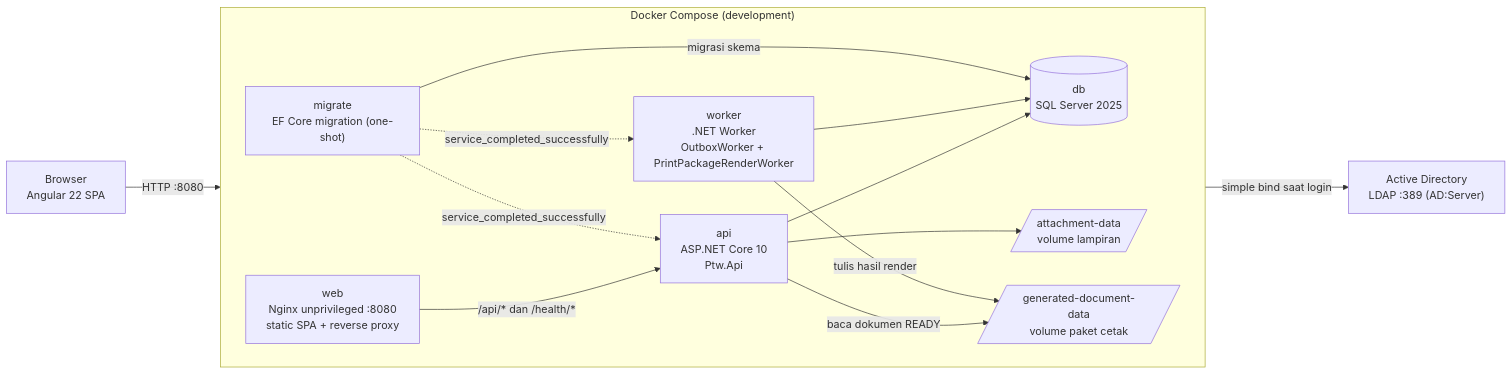
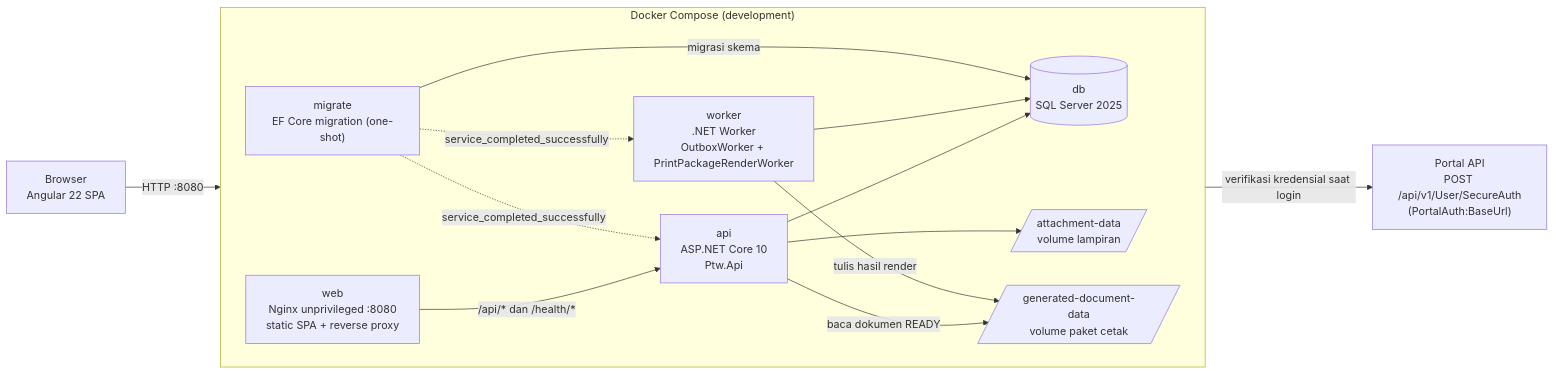
One commit to NusantaraRegas/ptw-online changed the first of 5 diagrams in README.md. Above: the diagram before and after it, drawn with Mermaid. The commit also changed other lines of this file and 38 other files, not shown here.

````diff
--- a/README.md
+++ b/README.md
@@ -86,29 +86,29 @@
 ```mermaid
 flowchart LR
   Browser["Browser<br/>Angular 22 SPA"]
 
   subgraph Compose["Docker Compose (development)"]
     direction LR
     Web["web<br/>Nginx unprivileged :8080<br/>static SPA + reverse proxy"]
     Api["api<br/>ASP.NET Core 10<br/>Ptw.Api"]
     Worker["worker<br/>.NET Worker<br/>OutboxWorker + PrintPackageRenderWorker"]
     Migrate["migrate<br/>EF Core migration (one-shot)"]
     Db[("db<br/>SQL Server 2025")]
     Att[/"attachment-data<br/>volume lampiran"/]
     Gen[/"generated-document-data<br/>volume paket cetak"/]
   end
 
-  AD["Active Directory<br/>LDAP :389 (AD:Server)"]
+  Portal["Portal API<br/>POST /api/v1/User/SecureAuth<br/>(PortalAuth:BaseUrl)"]
 
   Browser -->|"HTTP :8080"| Web
   Web -->|"/api/* dan /health/*"| Api
-  Api -->|"simple bind saat login"| AD
+  Api -->|"verifikasi kredensial saat login"| Portal
   Api --> Db
   Api --> Att
   Api -->|"baca dokumen READY"| Gen
   Worker --> Db
   Worker -->|"tulis hasil render"| Gen
   Migrate -->|"migrasi skema"| Db
   Migrate -. "service_completed_successfully" .-> Api
   Migrate -. "service_completed_successfully" .-> Worker
 ```
````
